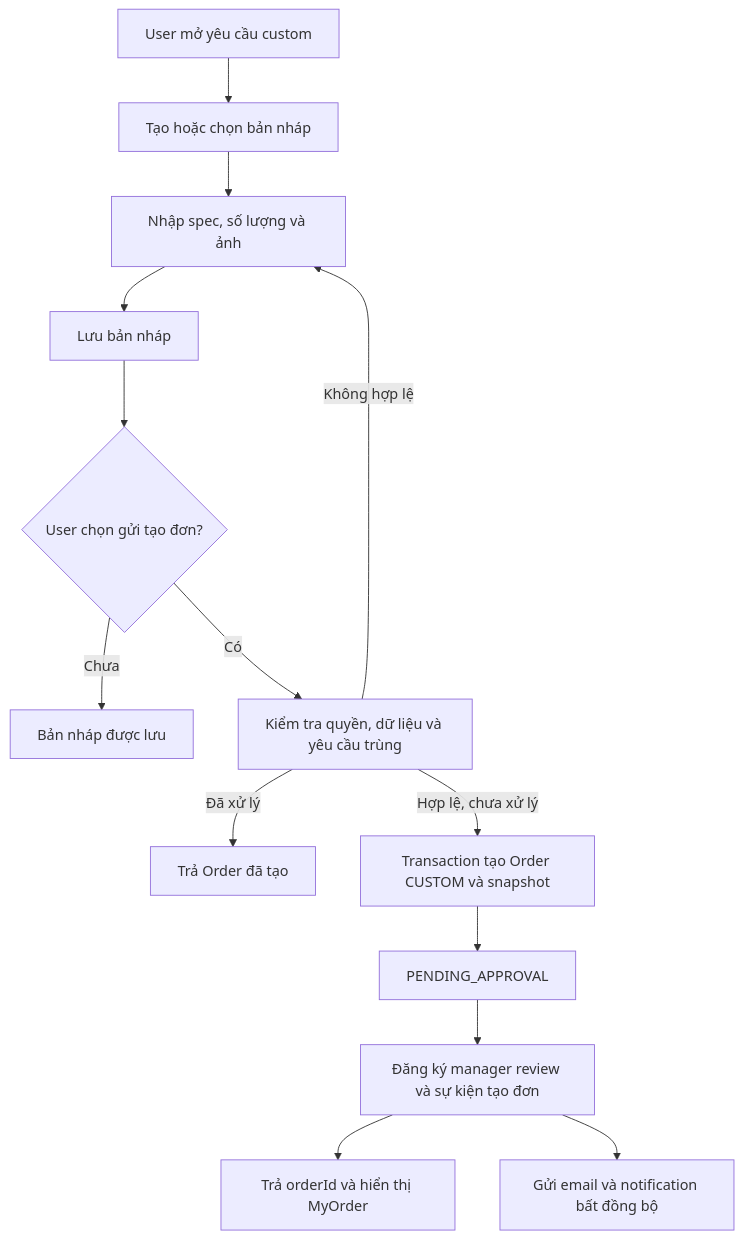
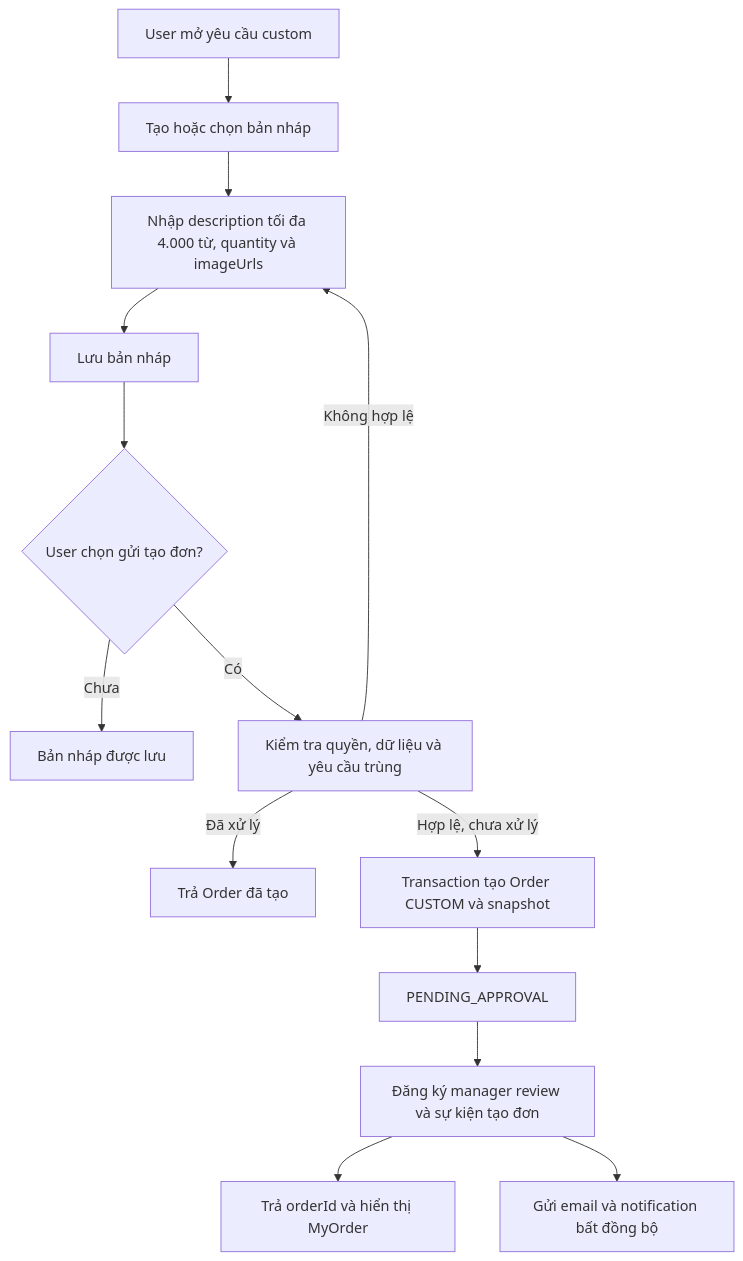
The fifth of 5 diagrams in docs/use-cases/WF01-custom-request/diagram.md (phamngoctu11/product_be), drawn with Mermaid before and after one commit. The commit also changed other lines of this file and 35 other files, not shown here.

````diff
--- a/docs/use-cases/WF01-custom-request/diagram.md
+++ b/docs/use-cases/WF01-custom-request/diagram.md
@@ -131,16 +131,16 @@
 ```mermaid
 flowchart TD
     A[User mở yêu cầu custom] --> B[Tạo hoặc chọn bản nháp]
-    B --> C[Nhập spec, số lượng và ảnh]
+    B --> C[Nhập description tối đa 4.000 từ, quantity và imageUrls]
     C --> D[Lưu bản nháp]
     D --> E{User chọn gửi tạo đơn?}
     E -->|Chưa| F[Bản nháp được lưu]
     E -->|Có| G[Kiểm tra quyền, dữ liệu và yêu cầu trùng]
     G -->|Không hợp lệ| C
     G -->|Đã xử lý| H[Trả Order đã tạo]
     G -->|Hợp lệ, chưa xử lý| I[Transaction tạo Order CUSTOM và snapshot]
     I --> J[PENDING_APPROVAL]
     J --> K[Đăng ký manager review và sự kiện tạo đơn]
     K --> L[Trả orderId và hiển thị MyOrder]
     K --> M[Gửi email và notification bất đồng bộ]
 ```
````
